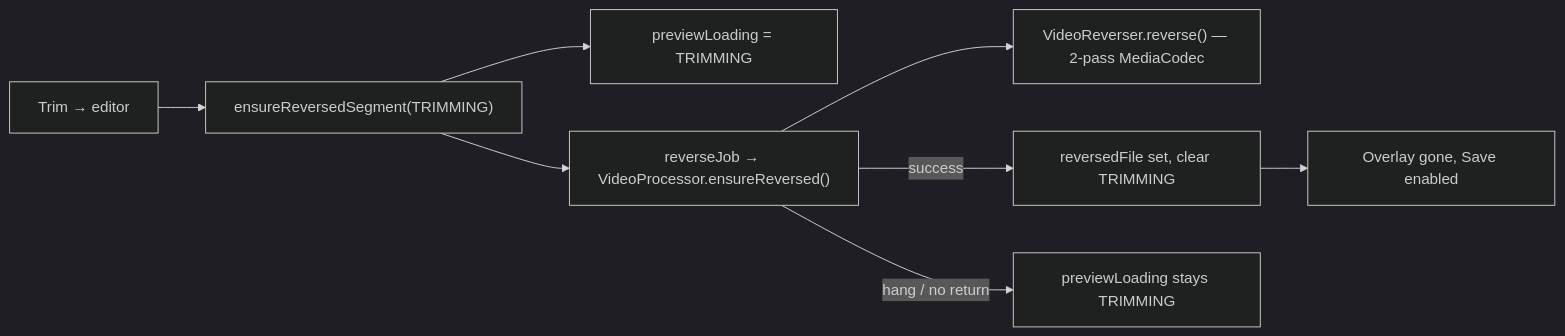
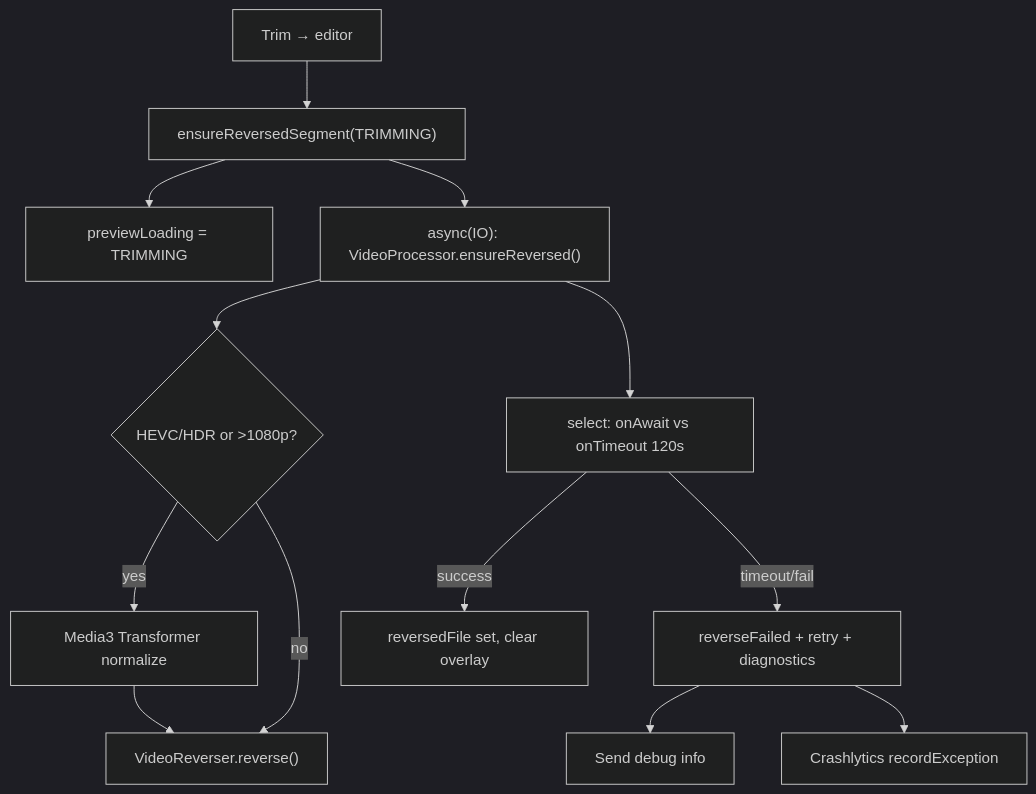
The diagram in trimming-loop.md (stozo04/OpenLoop), drawn with Mermaid (dark theme) before and after one commit. The commit also changed other lines of this file and 10 other files, not shown here.

First line of the commit message:
Add Firebase Crashlytics for preview reverse failures and expand trimming docs.

````diff
--- a/trimming-loop.md
+++ b/trimming-loop.md
@@ -31,10 +65,15 @@
 ```mermaid
-flowchart LR
+flowchart TD
     Trim[Trim → editor] --> VM["ensureReversedSegment(TRIMMING)"]
     VM --> Set["previewLoading = TRIMMING"]
-    VM --> Job["reverseJob → VideoProcessor.ensureReversed()"]
-    Job --> VR["VideoReverser.reverse() — 2-pass MediaCodec"]
-    Job -->|success| Clear["reversedFile set, clear TRIMMING"]
-    Job -->|hang / no return| Stuck["previewLoading stays TRIMMING"]
-    Clear --> UI["Overlay gone, Save enabled"]
+    VM --> Worker["async(IO): VideoProcessor.ensureReversed()"]
+    Worker --> Norm{HEVC/HDR or >1080p?}
+    Norm -->|yes| M3[Media3 Transformer normalize]
+    Norm -->|no| VR["VideoReverser.reverse()"]
+    M3 --> VR
+    Worker --> Select["select: onAwait vs onTimeout 120s"]
+    Select -->|success| OK["reversedFile set, clear overlay"]
+    Select -->|timeout/fail| Fail["reverseFailed + retry + diagnostics"]
+    Fail --> Share[Send debug info]
+    Fail --> CL[Crashlytics recordException]
 ```
````
